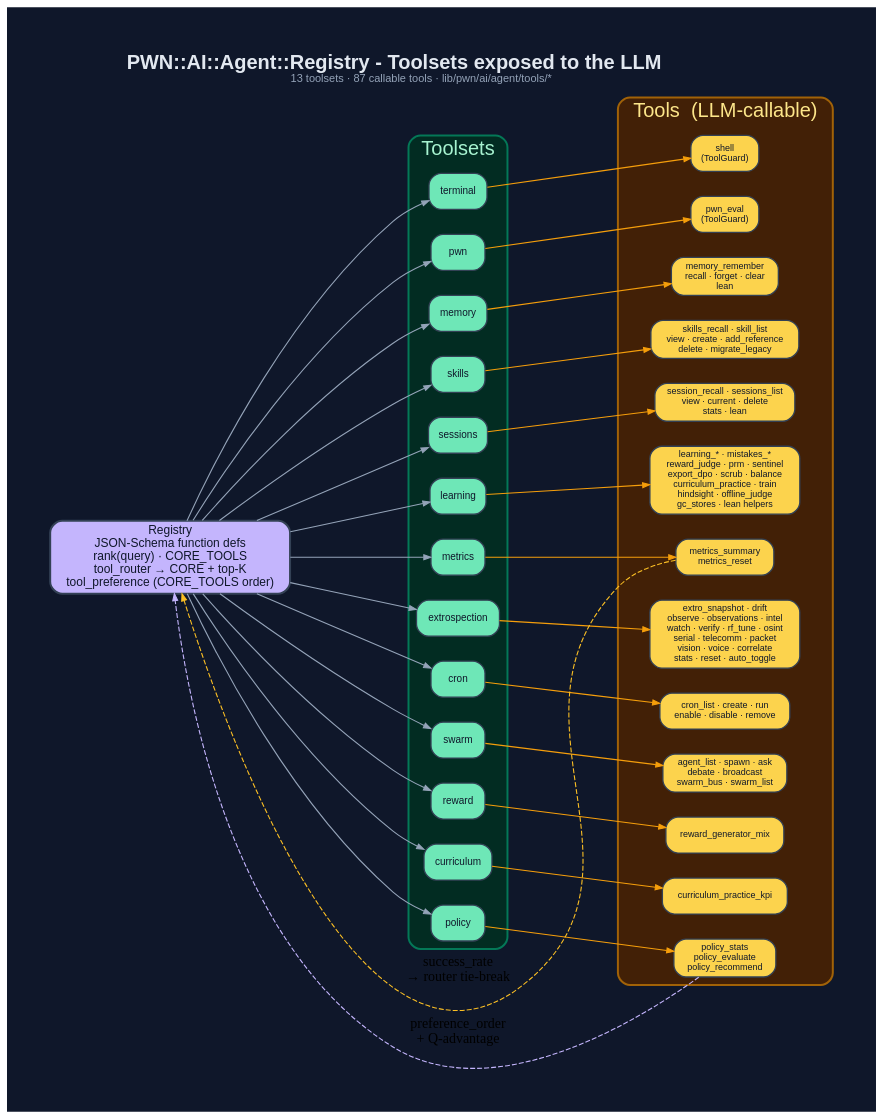
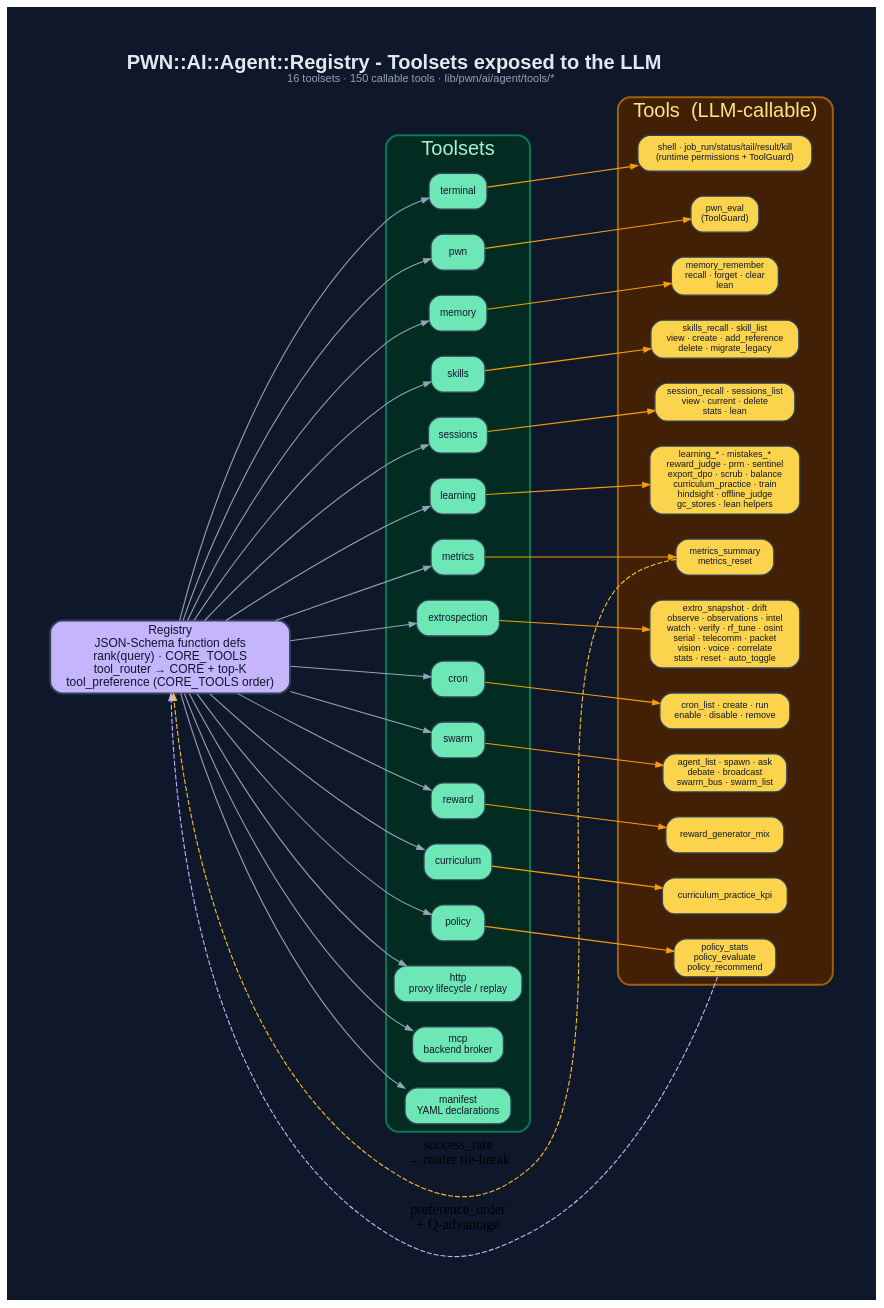
The diagram in documentation/diagrams/dot/agent-tool-registry.dot (0dayInc/pwn), drawn with Graphviz before and after one commit. The commit also changed 94 other files, not shown here.

```diff
--- a/documentation/diagrams/dot/agent-tool-registry.dot
+++ b/documentation/diagrams/dot/agent-tool-registry.dot
@@ -1,72 +1,76 @@
 digraph "PWN_Agent_Tool_Registry" {
   graph [
-    label=<<B>PWN::AI::Agent::Registry - Toolsets exposed to the LLM</B><BR/><FONT POINT-SIZE="11" COLOR="#94a3b8">13 toolsets · 87 callable tools · lib/pwn/ai/agent/tools/*</FONT>>,
+    label=<<B>PWN::AI::Agent::Registry - Toolsets exposed to the LLM</B><BR/><FONT POINT-SIZE="11" COLOR="#94a3b8">16 toolsets · 150 callable tools · lib/pwn/ai/agent/tools/*</FONT>>,
     labelloc=t, fontsize=20, fontname="Helvetica",
     rankdir=LR, splines=spline, nodesep=0.35, ranksep=1.4,
     bgcolor="#0f172a", fontcolor="#e2e8f0", pad=0.6, newrank=true
   ];
   node [fontname="Helvetica", fontsize=10, style="filled,rounded",
         shape=box, penwidth=1.3, color="#334155", fontcolor="#0f172a"];
   edge [color="#94a3b8", penwidth=1.1, arrowsize=0.7];
 
   Registry [label="Registry\nJSON-Schema function defs\nrank(query) · CORE_TOOLS\ntool_router → CORE + top-K\ntool_preference (CORE_TOOLS order)", fillcolor="#c4b5fd", fontsize=12, penwidth=2];
 
   subgraph cluster_ts {
     label="Toolsets"; fontcolor="#a7f3d0"; style=rounded;
     color="#047857"; bgcolor="#022c22"; penwidth=2;
     terminal [label="terminal", fillcolor="#6ee7b7"];
     pwn      [label="pwn",      fillcolor="#6ee7b7"];
     memory   [label="memory",   fillcolor="#6ee7b7"];
     skills   [label="skills",   fillcolor="#6ee7b7"];
     sessions [label="sessions", fillcolor="#6ee7b7"];
     learning [label="learning", fillcolor="#6ee7b7"];
     metrics  [label="metrics",  fillcolor="#6ee7b7"];
     extro    [label="extrospection", fillcolor="#6ee7b7"];
     cron     [label="cron",     fillcolor="#6ee7b7"];
     swarm    [label="swarm",    fillcolor="#6ee7b7"];
     reward   [label="reward",   fillcolor="#6ee7b7"];
     curric   [label="curriculum", fillcolor="#6ee7b7"];
     policy   [label="policy",   fillcolor="#6ee7b7"];
+    http [label="http\nproxy lifecycle / replay", fillcolor="#6ee7b7"];
+    mcp [label="mcp\nbackend broker", fillcolor="#6ee7b7"];
+    manifest [label="manifest\nYAML declarations", fillcolor="#6ee7b7"];
   }
 
   subgraph cluster_tools {
     label="Tools  (LLM-callable)"; fontcolor="#fde68a"; style=rounded;
     color="#a16207"; bgcolor="#422006"; penwidth=2;
     node [fillcolor="#fcd34d", fontsize=9];
-    t_shell   [label="shell\n(ToolGuard)"];
+    t_shell   [label="shell · job_run/status/tail/result/kill\n(runtime permissions + ToolGuard)"];
     t_eval    [label="pwn_eval\n(ToolGuard)"];
     t_mem     [label="memory_remember\nrecall · forget · clear\nlean"];
     t_skill   [label="skills_recall · skill_list\nview · create · add_reference\ndelete · migrate_legacy"];
     t_sess    [label="session_recall · sessions_list\nview · current · delete\nstats · lean"];
     t_learn   [label="learning_* · mistakes_*\nreward_judge · prm · sentinel\nexport_dpo · scrub · balance\ncurriculum_practice · train\nhindsight · offline_judge\ngc_stores · lean helpers"];
     t_metric  [label="metrics_summary\nmetrics_reset"];
     t_extro   [label="extro_snapshot · drift\nobserve · observations · intel\nwatch · verify · rf_tune · osint\nserial · telecomm · packet\nvision · voice · correlate\nstats · reset · auto_toggle"];
     t_cron    [label="cron_list · create · run\nenable · disable · remove"];
     t_swarm   [label="agent_list · spawn · ask\ndebate · broadcast\nswarm_bus · swarm_list"];
     t_reward  [label="reward_generator_mix"];
     t_curric  [label="curriculum_practice_kpi"];
     t_policy  [label="policy_stats\npolicy_evaluate\npolicy_recommend"];
   }
 
   Registry -> terminal; Registry -> pwn; Registry -> memory;
   Registry -> skills; Registry -> sessions; Registry -> learning;
   Registry -> metrics; Registry -> extro; Registry -> cron; Registry -> swarm;
   Registry -> reward; Registry -> curric; Registry -> policy;
+  Registry -> http; Registry -> mcp; Registry -> manifest;
 
   terminal -> t_shell  [color="#f59e0b"];
   pwn      -> t_eval   [color="#f59e0b"];
   memory   -> t_mem    [color="#f59e0b"];
   skills   -> t_skill  [color="#f59e0b"];
   sessions -> t_sess   [color="#f59e0b"];
   learning -> t_learn  [color="#f59e0b"];
   metrics  -> t_metric [color="#f59e0b"];
   extro    -> t_extro  [color="#f59e0b"];
   cron     -> t_cron   [color="#f59e0b"];
   swarm    -> t_swarm  [color="#f59e0b"];
   reward   -> t_reward [color="#f59e0b"];
   policy   -> t_policy [color="#f59e0b"];
   curric   -> t_curric [color="#f59e0b"];
 
   t_metric -> Registry [label="success_rate\n→ router tie-break", style=dashed, color="#fbbf24", constraint=false];
   t_policy -> Registry [label="preference_order\n+ Q-advantage", style=dashed, color="#c4b5fd", constraint=false];
 }
```
